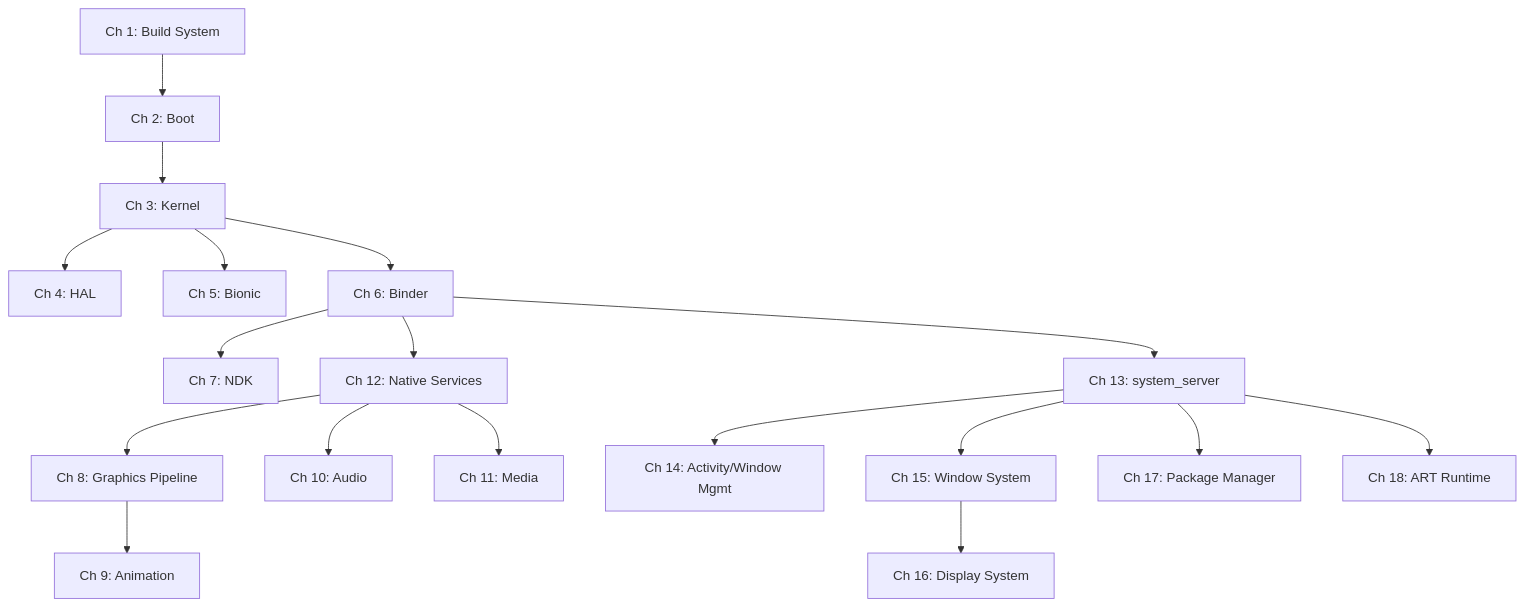
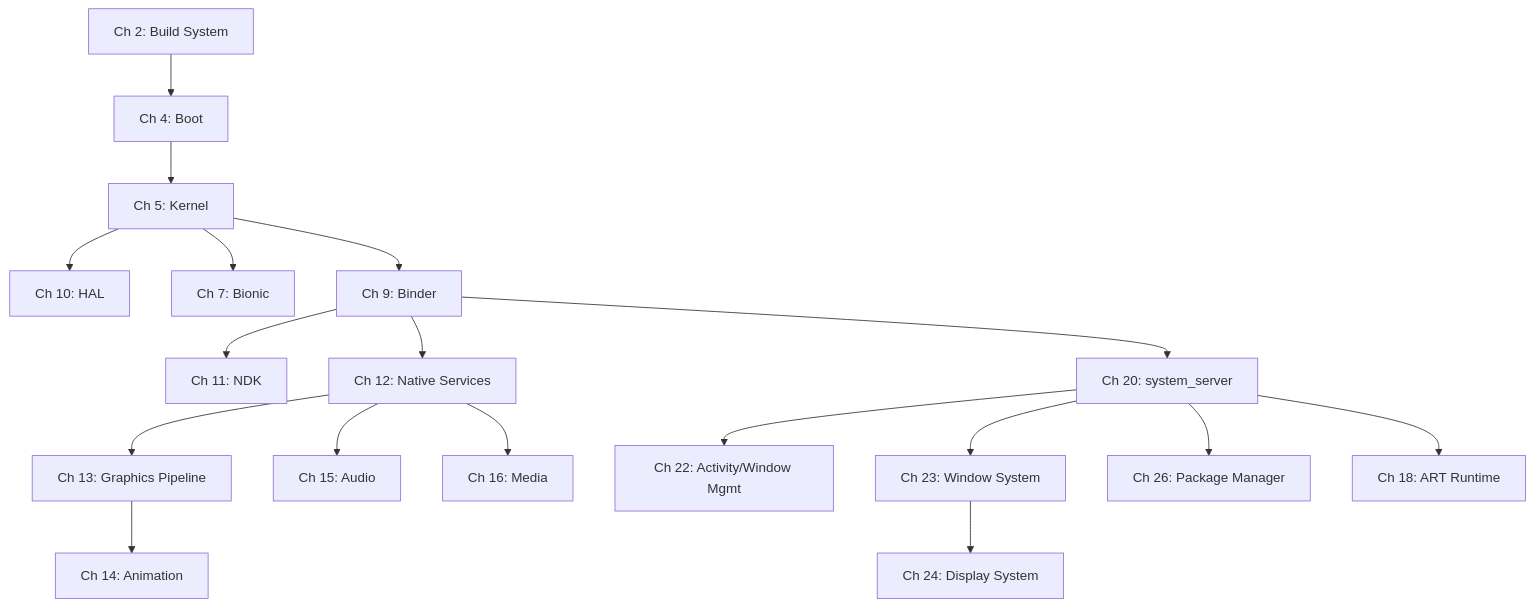
One commit to fwrite0920/aosp-internal-book changed the first of 4 diagrams in 00-frontmatter-zh.md. Above: the diagram before and after it, drawn with Mermaid. The commit also changed other lines of this file and 63 other files, not shown here.

````diff
--- a/00-frontmatter-zh.md
+++ b/00-frontmatter-zh.md
@@ -206,20 +206,20 @@
 ```mermaid
 graph TD
-    A[Ch 1: Build System] --> B[Ch 2: Boot]
-    B --> C[Ch 3: Kernel]
-    C --> D[Ch 4: HAL]
-    C --> E[Ch 5: Bionic]
-    C --> F[Ch 6: Binder]
-    F --> G[Ch 7: NDK]
+    A[Ch 2: Build System] --> B[Ch 4: Boot]
+    B --> C[Ch 5: Kernel]
+    C --> D[Ch 10: HAL]
+    C --> E[Ch 7: Bionic]
+    C --> F[Ch 9: Binder]
+    F --> G[Ch 11: NDK]
     F --> H[Ch 12: Native Services]
-    H --> I[Ch 8: Graphics Pipeline]
-    H --> J[Ch 10: Audio]
-    H --> K[Ch 11: Media]
-    F --> L[Ch 13: system_server]
-    L --> M[Ch 14: Activity/Window Mgmt]
-    L --> N[Ch 15: Window System]
-    L --> O[Ch 17: Package Manager]
+    H --> I[Ch 13: Graphics Pipeline]
+    H --> J[Ch 15: Audio]
+    H --> K[Ch 16: Media]
+    F --> L[Ch 20: system_server]
+    L --> M[Ch 22: Activity/Window Mgmt]
+    L --> N[Ch 23: Window System]
+    L --> O[Ch 26: Package Manager]
     L --> P[Ch 18: ART Runtime]
-    I --> Q[Ch 9: Animation]
-    N --> R[Ch 16: Display System]
+    I --> Q[Ch 14: Animation]
+    N --> R[Ch 24: Display System]
 ```
````
